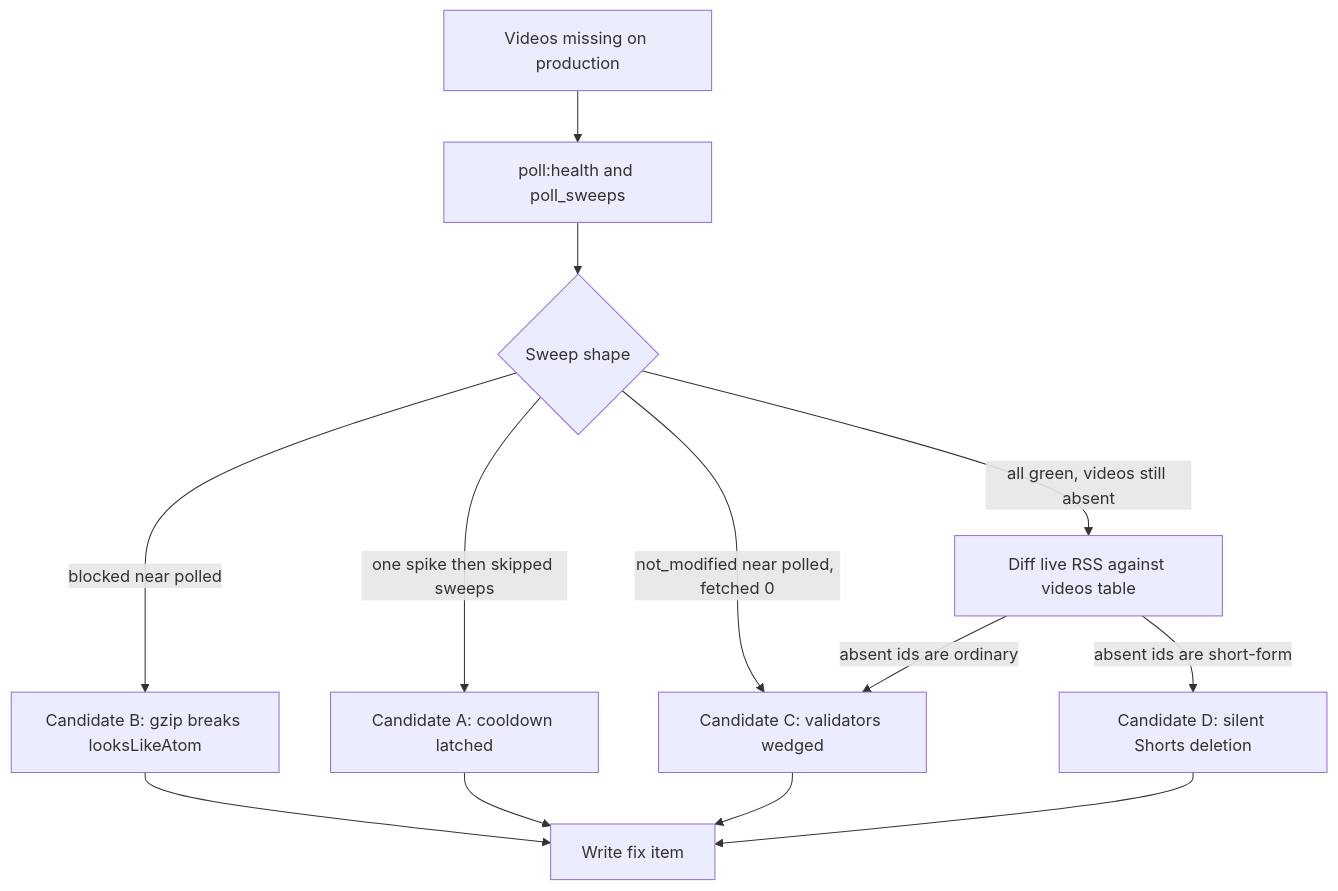
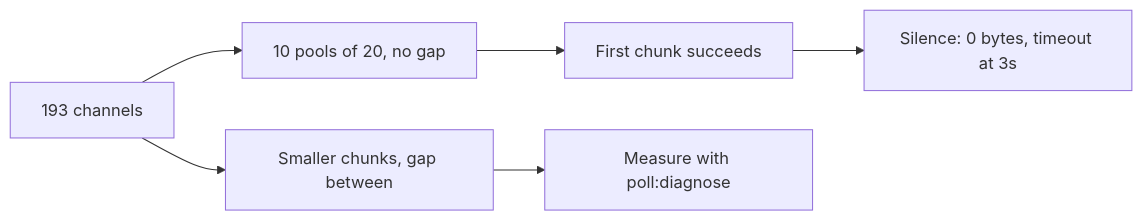
Before and after one commit to PSNapier/yt-rss: the first of 2 diagrams in ROADMAP.md, drawn with Mermaid. The commit also changed other lines of this file and 2 other files, not shown here.

````diff
--- a/ROADMAP.md
+++ b/ROADMAP.md
@@ -718,15 +695,8 @@
 ```mermaid
-flowchart TD
-    A[Videos missing on production] --> B[poll:health and poll_sweeps]
-    B --> C{Sweep shape}
-    C -->|blocked near polled| D[Candidate B: gzip breaks looksLikeAtom]
-    C -->|one spike then skipped sweeps| E[Candidate A: cooldown latched]
-    C -->|not_modified near polled, fetched 0| F[Candidate C: validators wedged]
-    C -->|all green, videos still absent| G[Diff live RSS against videos table]
-    G -->|absent ids are short-form| H[Candidate D: silent Shorts deletion]
-    G -->|absent ids are ordinary| F
-    D --> I[Write fix item]
-    E --> I
-    F --> I
-    H --> I
+flowchart LR
+    A[193 channels] --> B[10 pools of 20, no gap]
+    B --> C[First chunk succeeds]
+    C --> D[Silence: 0 bytes, timeout at 3s]
+    A --> E[Smaller chunks, gap between]
+    E --> F[Measure with poll:diagnose]
 ```
````
